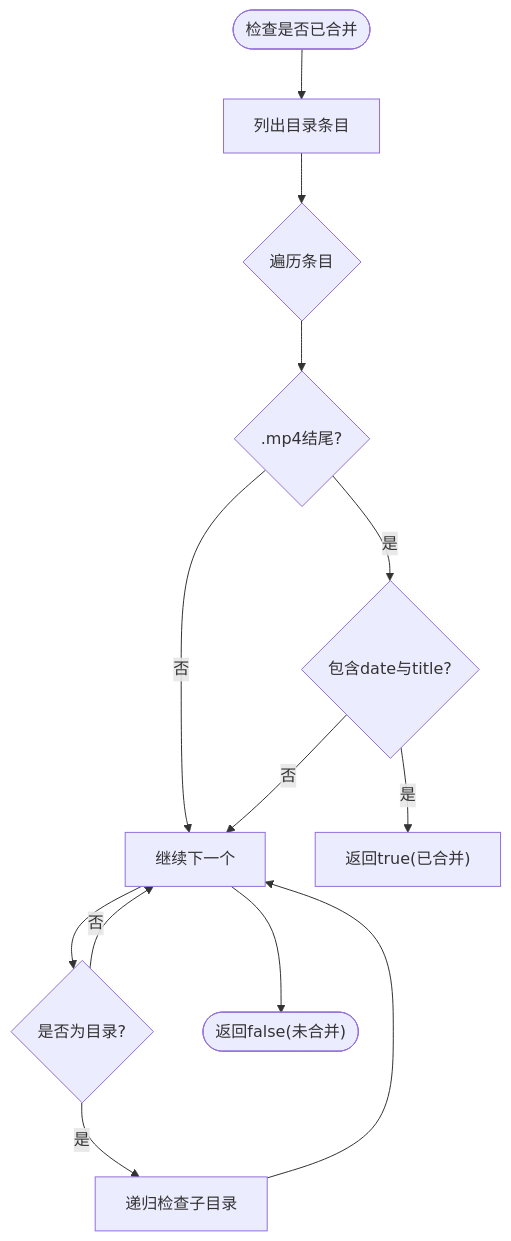
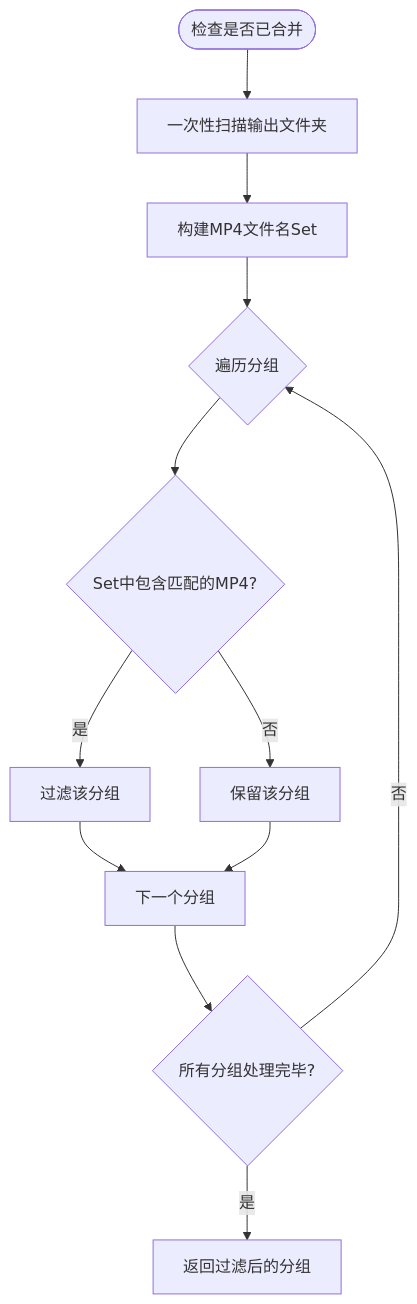
Before and after one commit to HoarfrostKimi/Video-Merger: the seventh of 10 diagrams in .qoder/repowiki/zh/content/架构设计/主进程架构/文件扫描与分组算法/文件扫描与分组算法.md, drawn with Mermaid. The commit also changed other lines of this file and 43 other files, not shown here.

````diff
--- a/.qoder/repowiki/zh/content/架构设计/主进程架构/文件扫描与分组算法/文件扫描与分组算法.md
+++ b/.qoder/repowiki/zh/content/架构设计/主进程架构/文件扫描与分组算法/文件扫描与分组算法.md
@@ -251,15 +332,14 @@
 ```mermaid
 flowchart TD
-Start(["检查是否已合并"]) --> ListDir["列出目录条目"]
-ListDir --> ForEntry{"遍历条目"}
-ForEntry --> IsMP4{".mp4结尾?"}
-IsMP4 --> |否| NextEntry["继续下一个"]
-IsMP4 --> |是| Contains{"包含date与title?"}
-Contains --> |是| ReturnTrue["返回true(已合并)"]
-Contains --> |否| NextEntry
-NextEntry --> IsDir{"是否为目录?"}
-IsDir --> |是| Recurse["递归检查子目录"]
-IsDir --> |否| NextEntry
-Recurse --> NextEntry
-NextEntry --> End(["返回false(未合并)"])
+Start(["检查是否已合并"]) --> ScanOutput["一次性扫描输出文件夹"]
+ScanOutput --> BuildSet["构建MP4文件名Set"]
+BuildSet --> ForGroup{"遍历分组"}
+ForGroup --> CheckMerged{"Set中包含匹配的MP4?"}
+CheckMerged --> |是| FilterOut["过滤该分组"]
+CheckMerged --> |否| KeepGroup["保留该分组"]
+FilterOut --> NextGroup["下一个分组"]
+KeepGroup --> NextGroup
+NextGroup --> Done{"所有分组处理完毕?"}
+Done --> |否| ForGroup
+Done --> |是| ReturnFiltered["返回过滤后的分组"]
 ```
````
